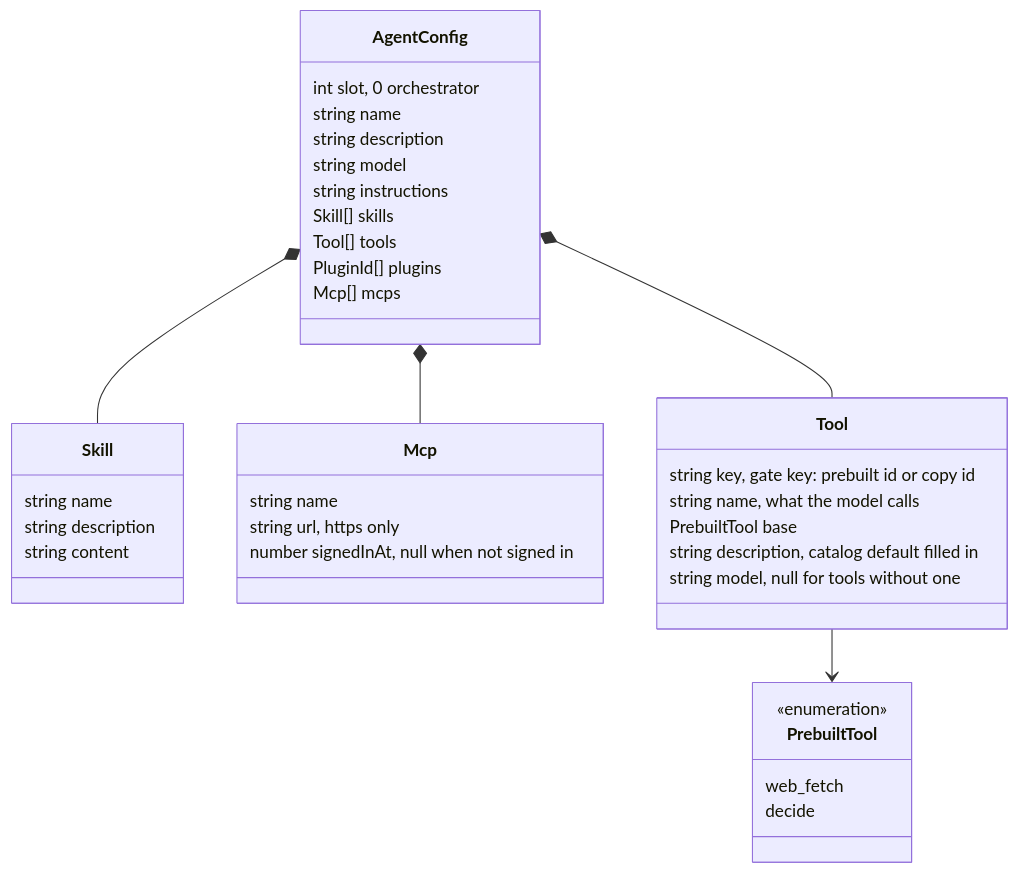
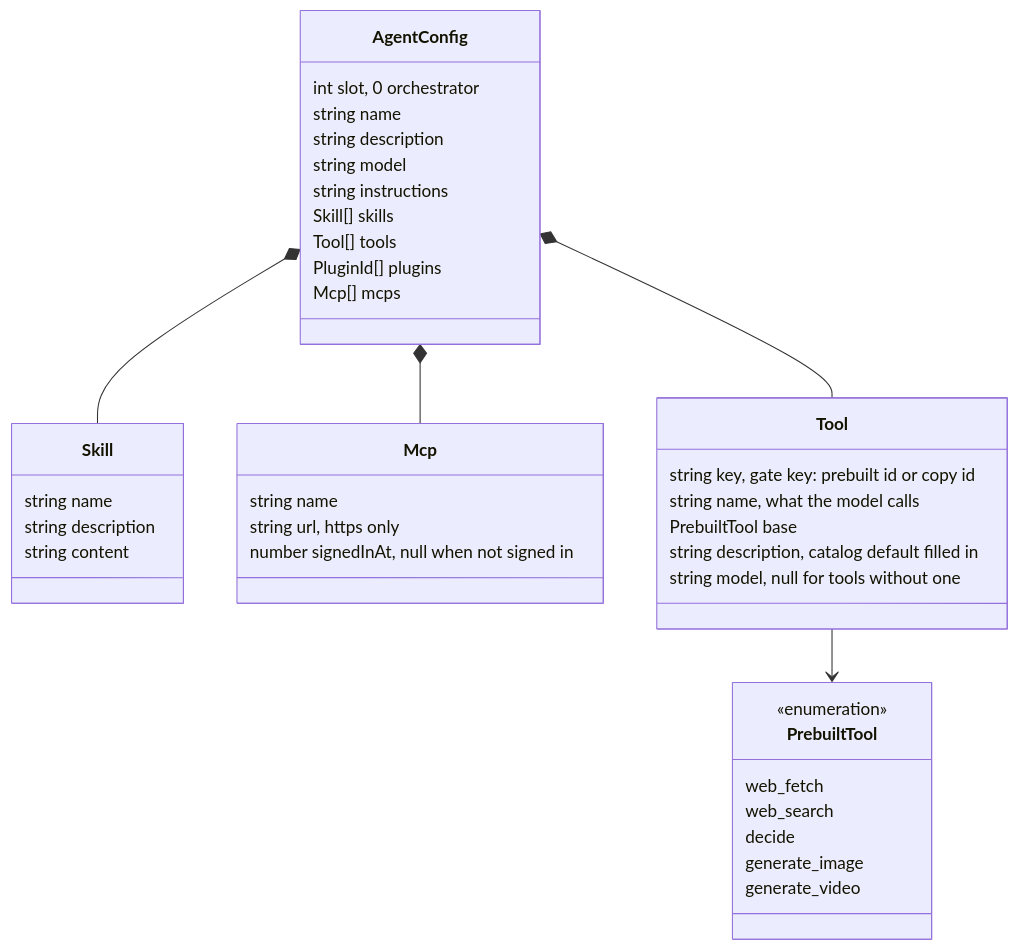
One commit to riley-zammit/Eve-Foundry changed the second of 3 diagrams in architecture.md. Above: the diagram before and after it, drawn with Mermaid. The commit also changed other lines of this file and 20 other files, not shown here.

````diff
--- a/architecture.md
+++ b/architecture.md
@@ -236,40 +243,43 @@
 ```mermaid
 classDiagram
     class AgentConfig {
         int slot, 0 orchestrator
         string name
         string description
         string model
         string instructions
         Skill[] skills
         Tool[] tools
         PluginId[] plugins
         Mcp[] mcps
     }
     class Skill {
         string name
         string description
         string content
     }
     class Mcp {
         string name
         string url, https only
         number signedInAt, null when not signed in
     }
     class Tool {
         string key, gate key: prebuilt id or copy id
         string name, what the model calls
         PrebuiltTool base
         string description, catalog default filled in
         string model, null for tools without one
     }
     class PrebuiltTool {
         <<enumeration>>
         web_fetch
+        web_search
         decide
+        generate_image
+        generate_video
     }
     AgentConfig *-- Skill
     AgentConfig *-- Mcp
     AgentConfig *-- Tool
     Tool --> PrebuiltTool
 ```
````
